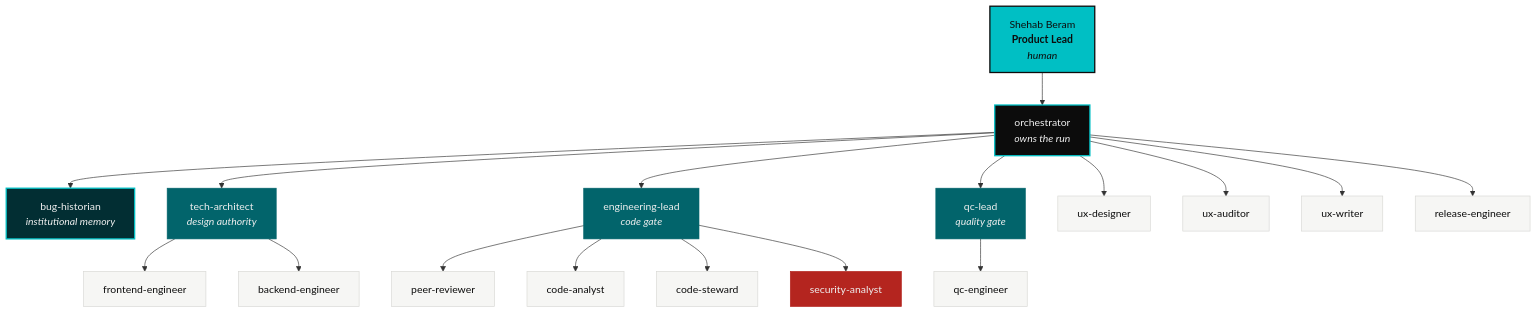
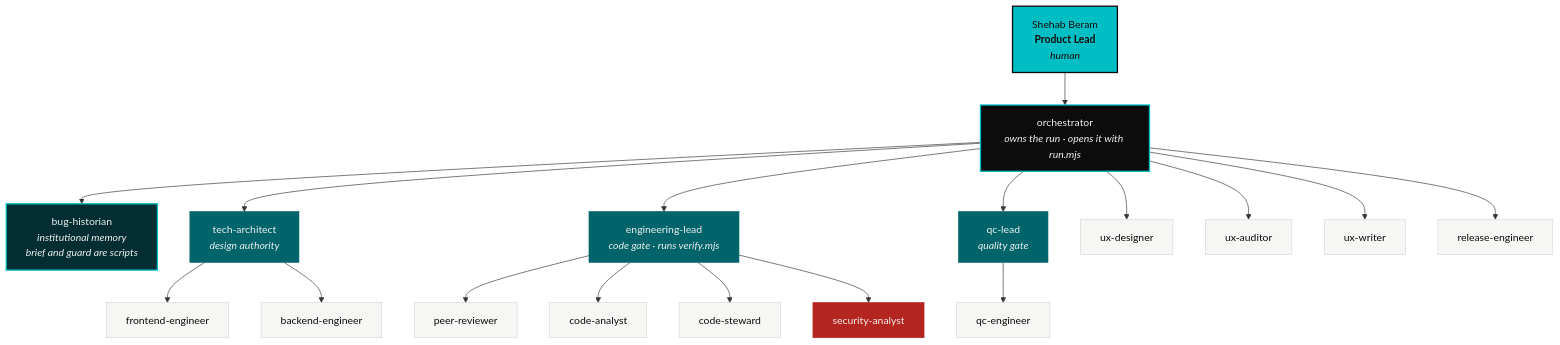
One commit to Shehabov/actio changed the first of 2 diagrams in docs/TEAM.md. Above: the diagram before and after it, drawn with Mermaid. The commit also changed other lines of this file and 116 other files, not shown here.

First line of the commit message:
Run the swarm on the fast loop: lean agents, scripted bookkeeping and regression guard

````diff
--- a/docs/TEAM.md
+++ b/docs/TEAM.md
@@ -13,53 +13,53 @@
 ```mermaid
 flowchart TD
   SHEHAB["Shehab Beram<br/><b>Product Lead</b><br/><i>human</i>"]:::human
 
-  ORC["orchestrator<br/><i>owns the run</i>"]:::lead
-  BH["bug-historian<br/><i>institutional memory</i>"]:::mem
+  ORC["orchestrator<br/><i>owns the run · opens it with run.mjs</i>"]:::lead
+  BH["bug-historian<br/><i>institutional memory<br/>brief and guard are scripts</i>"]:::mem
 
   ARCH["tech-architect<br/><i>design authority</i>"]:::l2
-  ENGL["engineering-lead<br/><i>code gate</i>"]:::l2
+  ENGL["engineering-lead<br/><i>code gate · runs verify.mjs</i>"]:::l2
   QCL["qc-lead<br/><i>quality gate</i>"]:::l2
 
   UXD["ux-designer"]:::design
   UXA["ux-auditor"]:::design
   UXW["ux-writer"]:::design
 
   FE["frontend-engineer"]:::eng
   BE["backend-engineer"]:::eng
   PR["peer-reviewer"]:::eng
   CA["code-analyst"]:::eng
   CS["code-steward"]:::eng
   SEC["security-analyst"]:::sec
 
   QCE["qc-engineer"]:::qc
   REL["release-engineer"]:::rel
 
   SHEHAB --> ORC
   ORC --> BH
   ORC --> ARCH
   ORC --> ENGL
   ORC --> QCL
   ORC --> UXD
   ORC --> UXA
   ORC --> UXW
   ORC --> REL
 
   ARCH --> FE
   ARCH --> BE
   ENGL --> PR
   ENGL --> CA
   ENGL --> CS
   ENGL --> SEC
   QCL --> QCE
 
   classDef human fill:#00BFC4,stroke:#0C0C0C,stroke-width:2px,color:#0C0C0C
   classDef lead fill:#0C0C0C,stroke:#00BFC4,stroke-width:2px,color:#EFEFEF
   classDef mem fill:#022E33,stroke:#00BFC4,stroke-width:2px,color:#EFEFEF
   classDef sec fill:#B4251F,stroke:#B4251F,color:#EFEFEF
   classDef l2 fill:#02646B,stroke:#02646B,color:#EFEFEF
   classDef design fill:#F6F6F4,stroke:#D8D8D4,color:#0C0C0C
   classDef eng fill:#F6F6F4,stroke:#D8D8D4,color:#0C0C0C
   classDef qc fill:#F6F6F4,stroke:#D8D8D4,color:#0C0C0C
   classDef rel fill:#F6F6F4,stroke:#D8D8D4,color:#0C0C0C
 ```
````
